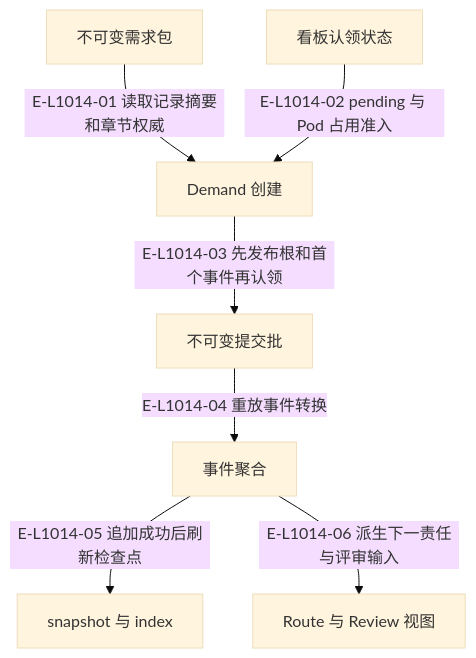
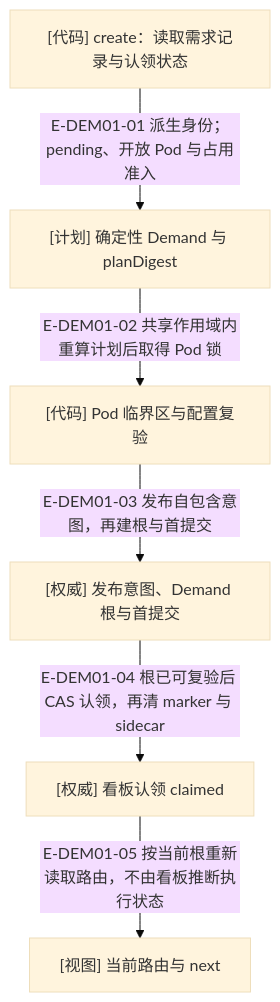
Before and after one commit to GxFn/Wakeflow: the diagram in wakeflow-architecture-atlas/maps/04-governance-event-sourcing/README.md, drawn with Mermaid (base theme). The commit also changed other lines of this file and 76 other files, not shown here.

First line of the commit message:
docs(atlas): refresh architecture maps for the rc.5 codebase

````diff
--- a/wakeflow-architecture-atlas/maps/04-governance-event-sourcing/README.md
+++ b/wakeflow-architecture-atlas/maps/04-governance-event-sourcing/README.md
@@ -151,18 +25,16 @@
 ```mermaid
 flowchart TB
-  accTitle: 从需求包到 Demand 事件与视图
-  accDescr: 从需求包到 Demand 事件与视图；箭头区分当前代码步骤、返回事实与明确的条件。
-  record["不可变需求包"]
-  board["看板认领状态"]
-  create["Demand 创建"]
-  commit["不可变提交批"]
-  aggregate["事件聚合"]
-  cache["snapshot 与 index"]
-  views["Route 与 Review 视图"]
-  record -->|"E-L1014-01 读取记录摘要和章节权威"| create
-  board -->|"E-L1014-02 pending 与 Pod 占用准入"| create
-  create -->|"E-L1014-03 先发布根和首个事件再认领"| commit
-  commit -->|"E-L1014-04 重放事件转换"| aggregate
-  aggregate -->|"E-L1014-05 追加成功后刷新检查点"| cache
-  aggregate -->|"E-L1014-06 派生下一责任与评审输入"| views
+  accTitle: 首次创建的权威边界
+  accDescr: 首次创建的权威边界；每条关系由当前实现的调用或条件支持，错误停止与恢复保持显式。
+  A["[代码] create：读取需求记录与认领状态"]
+  B["[计划] 确定性 Demand 与 planDigest"]
+  C["[代码] Pod 临界区与配置复验"]
+  D["[权威] 发布意图、Demand 根与首提交"]
+  F["[权威] 看板认领 claimed"]
+  H["[视图] 当前路由与 next"]
+  A -->|"E-DEM01-01 派生身份；pending、开放 Pod 与占用准入"| B
+  B -->|"E-DEM01-02 共享作用域内重算计划后取得 Pod 锁"| C
+  C -->|"E-DEM01-03 发布自包含意图，再建根与首提交"| D
+  D -->|"E-DEM01-04 根已可复验后 CAS 认领，再清 marker 与 sidecar"| F
+  F -->|"E-DEM01-05 按当前根重新读取路由，不由看板推断执行状态"| H
 ```
````
